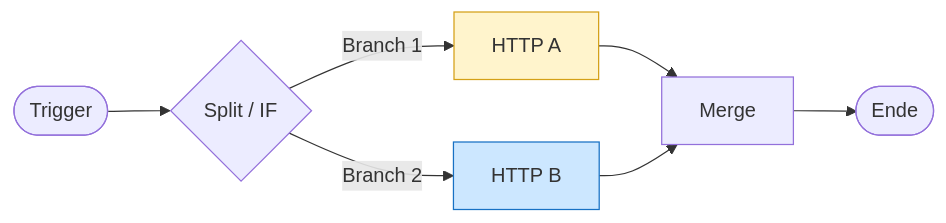
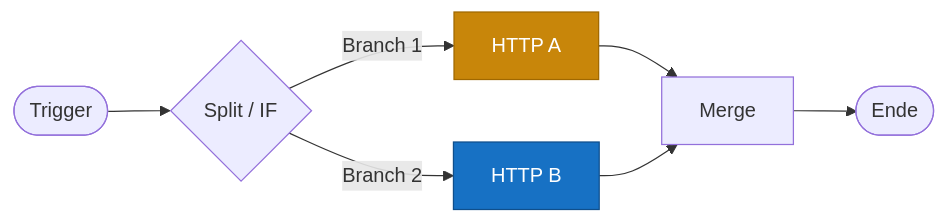
The second of 15 diagrams in docs/n8n_learning/n8n_Datenfluss_Kompendium_v2.md (ericleddin/m4-n8n-demos), drawn with Mermaid before and after one commit. The commit also changed other lines of this file and 4 other files, not shown here.

Commit message:
Add AI agent, LLM, and n8n developer guides; standardize Mermaid colors

````diff
--- a/docs/n8n_learning/n8n_Datenfluss_Kompendium_v2.md
+++ b/docs/n8n_learning/n8n_Datenfluss_Kompendium_v2.md
@@ -91,12 +91,12 @@
 ```mermaid
 flowchart LR
     Start([Trigger]) --> Split{Split / IF}
     Split -- Branch 1 --> B1[HTTP A]
     Split -- Branch 2 --> B2[HTTP B]
     B1 --> M[Merge]
     B2 --> M
     M --> End([Ende])
 
-    style B1 fill:#fff4cc,stroke:#d4a017
-    style B2 fill:#cce7ff,stroke:#1771c4
+    style B1 fill:#c8860a,stroke:#a06800,color:#fff
+    style B2 fill:#1771c4,stroke:#0f4f8c,color:#fff
 ```
````
